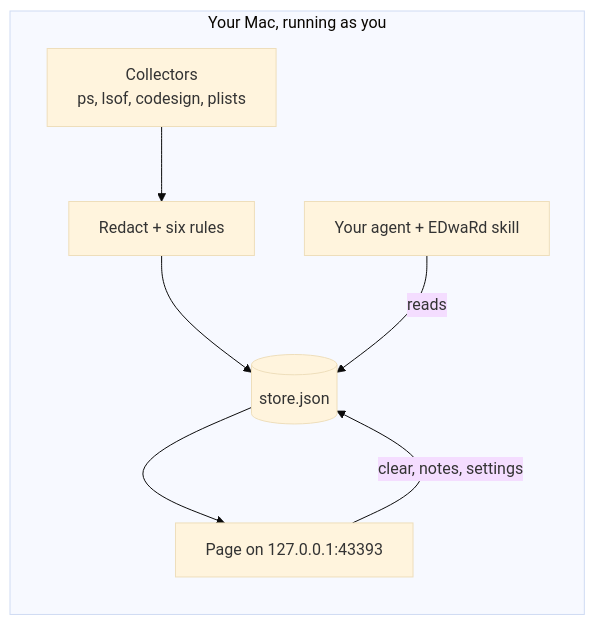
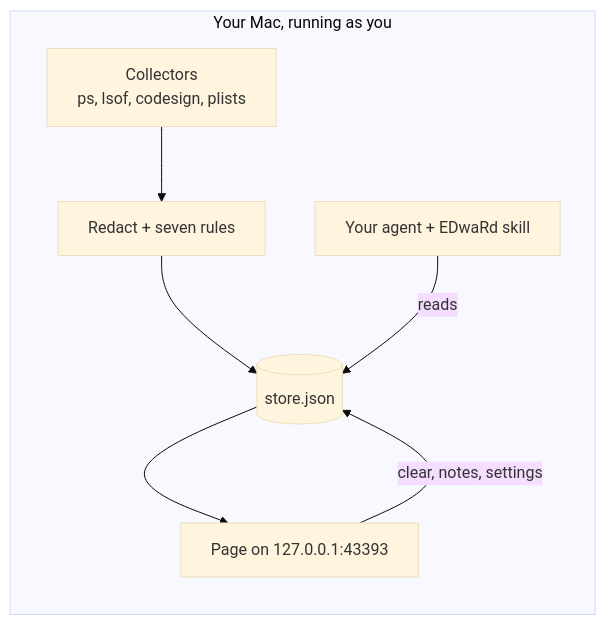
Before and after one commit to LlamzonAmazon/edward: the diagram in README.md, drawn with Mermaid (base theme). The commit also changed other lines of this file and 136 other files, not shown here.

````diff
--- a/README.md
+++ b/README.md
@@ -163,10 +164,10 @@
 ```mermaid
 flowchart LR
   subgraph mac["Your Mac, running as you"]
-    C["Collectors<br/>ps, lsof, codesign, plists"] --> R["Redact + six rules"]
+    C["Collectors<br/>ps, lsof, codesign, plists"] --> R["Redact + seven rules"]
     R --> S[("store.json")]
     S --> P["Page on 127.0.0.1:43393"]
     P -- "clear, notes, settings" --> S
     A["Your agent + EDwaRd skill"] -- reads --> S
   end
 ```
````
